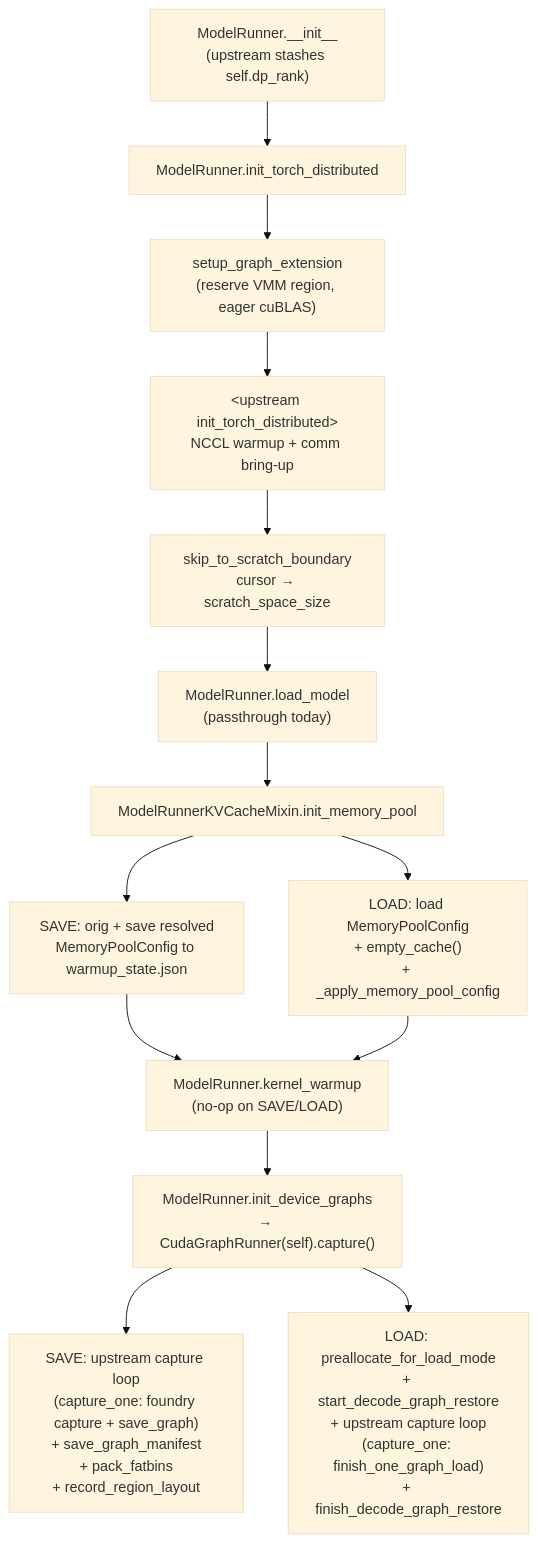
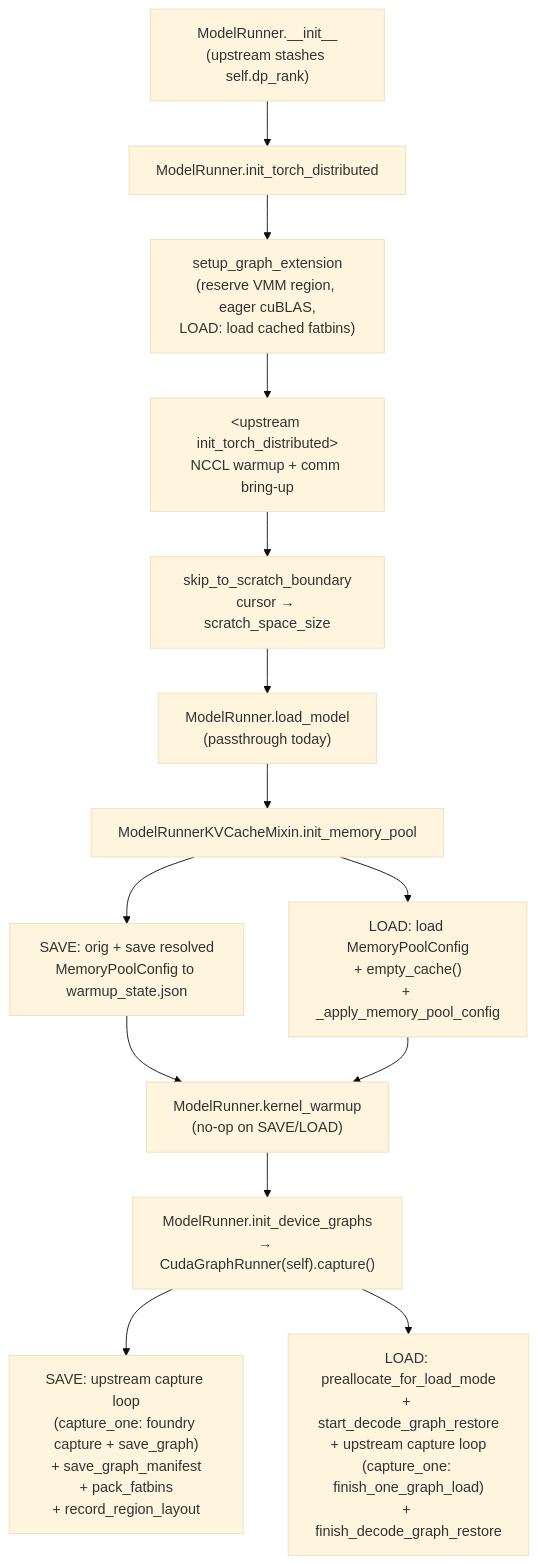
The diagram in docs/sglang/memory-lifecycle.md (foundry-org/foundry), drawn with Mermaid (base theme) before and after one commit. The commit also changed 6 other files, not shown here.

First line of the commit message:
[sglang] LOAD: binary restore and exec prewarm back at setup

````diff
--- a/docs/sglang/memory-lifecycle.md
+++ b/docs/sglang/memory-lifecycle.md
@@ -27,27 +27,27 @@
 ```mermaid
 flowchart TD
     INIT["ModelRunner.__init__<br/>(upstream stashes self.dp_rank)"]
     TORCH["ModelRunner.init_torch_distributed"]
-    TORCH_PRE["setup_graph_extension<br/>(reserve VMM region, eager cuBLAS)"]
+    TORCH_PRE["setup_graph_extension<br/>(reserve VMM region, eager cuBLAS,<br/>LOAD: load cached fatbins)"]
     TORCH_ORIG["&lt;upstream init_torch_distributed&gt;<br/>NCCL warmup + comm bring-up"]
     TORCH_POST["skip_to_scratch_boundary<br/>cursor → scratch_space_size"]
     LOAD_MODEL["ModelRunner.load_model<br/>(passthrough today)"]
     POOL["ModelRunnerKVCacheMixin.init_memory_pool"]
     POOL_SAVE["SAVE: orig + save resolved<br/>MemoryPoolConfig to warmup_state.json"]
     POOL_LOAD["LOAD: load MemoryPoolConfig<br/>+ empty_cache()<br/>+ _apply_memory_pool_config"]
     KWARM["ModelRunner.kernel_warmup<br/>(no-op on SAVE/LOAD)"]
     GRAPHS["ModelRunner.init_device_graphs<br/>→ CudaGraphRunner(self).capture()"]
     SAVE_CAP["SAVE: upstream capture loop<br/>(capture_one: foundry capture + save_graph)<br/>+ save_graph_manifest<br/>+ pack_fatbins<br/>+ record_region_layout"]
     LOAD_CAP["LOAD: preallocate_for_load_mode<br/>+ start_decode_graph_restore<br/>+ upstream capture loop<br/>(capture_one: finish_one_graph_load)<br/>+ finish_decode_graph_restore"]
 
     INIT --> TORCH
     TORCH --> TORCH_PRE --> TORCH_ORIG --> TORCH_POST
     TORCH_POST --> LOAD_MODEL --> POOL
     POOL --> POOL_SAVE
     POOL --> POOL_LOAD
     POOL_SAVE --> KWARM
     POOL_LOAD --> KWARM
     KWARM --> GRAPHS
     GRAPHS --> SAVE_CAP
     GRAPHS --> LOAD_CAP
 ```
````
